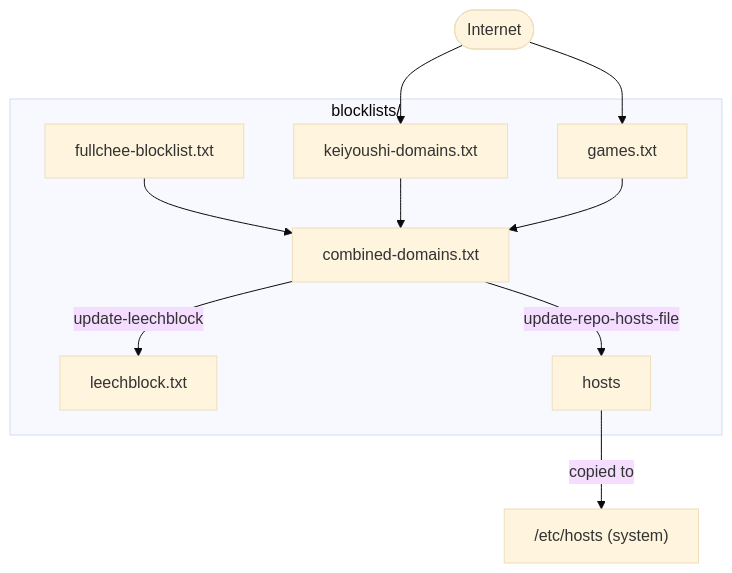
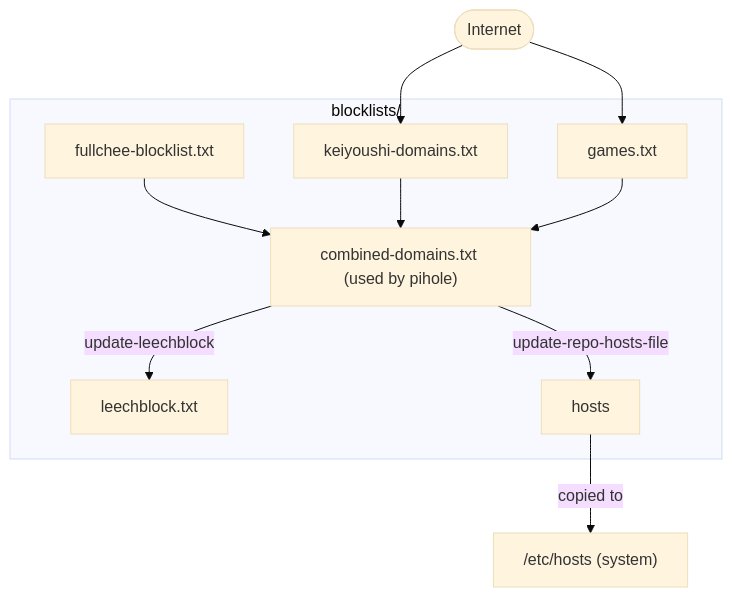
The diagram in README.md (Fullchee/domain-blocklist), drawn with Mermaid (base theme) before and after one commit.

Commit message:
add 'used by pihole'

````diff
--- a/README.md
+++ b/README.md
@@ -22,22 +22,22 @@
 ```mermaid
 flowchart TD
   Internet([Internet])
 
   subgraph blocklists["blocklists/"]
     Fullchee["fullchee-blocklist.txt"]
     Keiyoushi["keiyoushi-domains.txt"]
     Games["games.txt"]
-    Combined["combined-domains.txt"]
+    Combined["combined-domains.txt (used by pihole)"]
     Leechblock["leechblock.txt"]
     Hosts["hosts"]
   end
 
   Internet --> Keiyoushi
   Internet --> Games
   Fullchee --> Combined
   Keiyoushi --> Combined
   Games --> Combined
   Combined -->|update-leechblock| Leechblock
   Combined -->|update-repo-hosts-file| Hosts
   Hosts -->|copied to| ETC["/etc/hosts (system)"]
 ```
````
